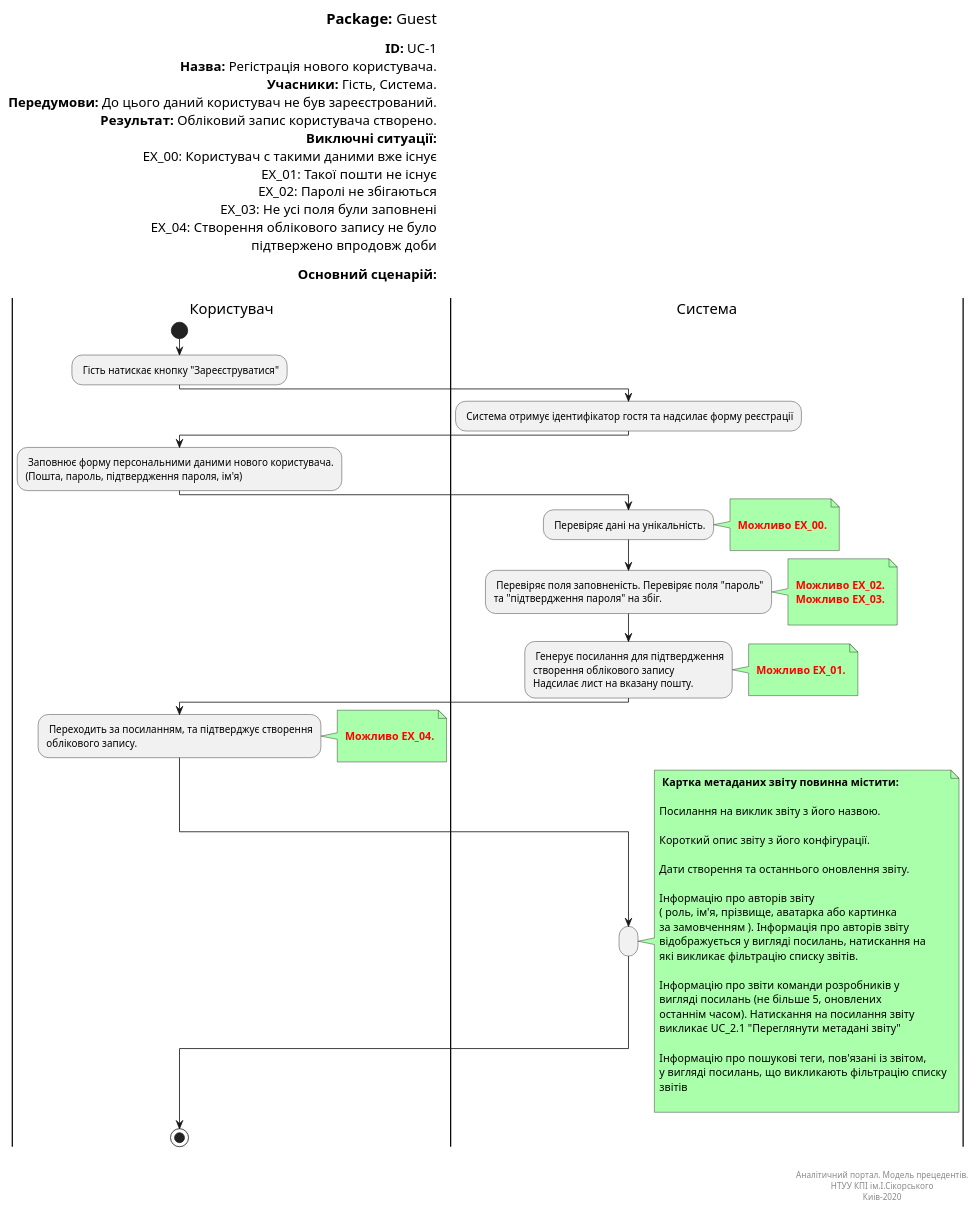
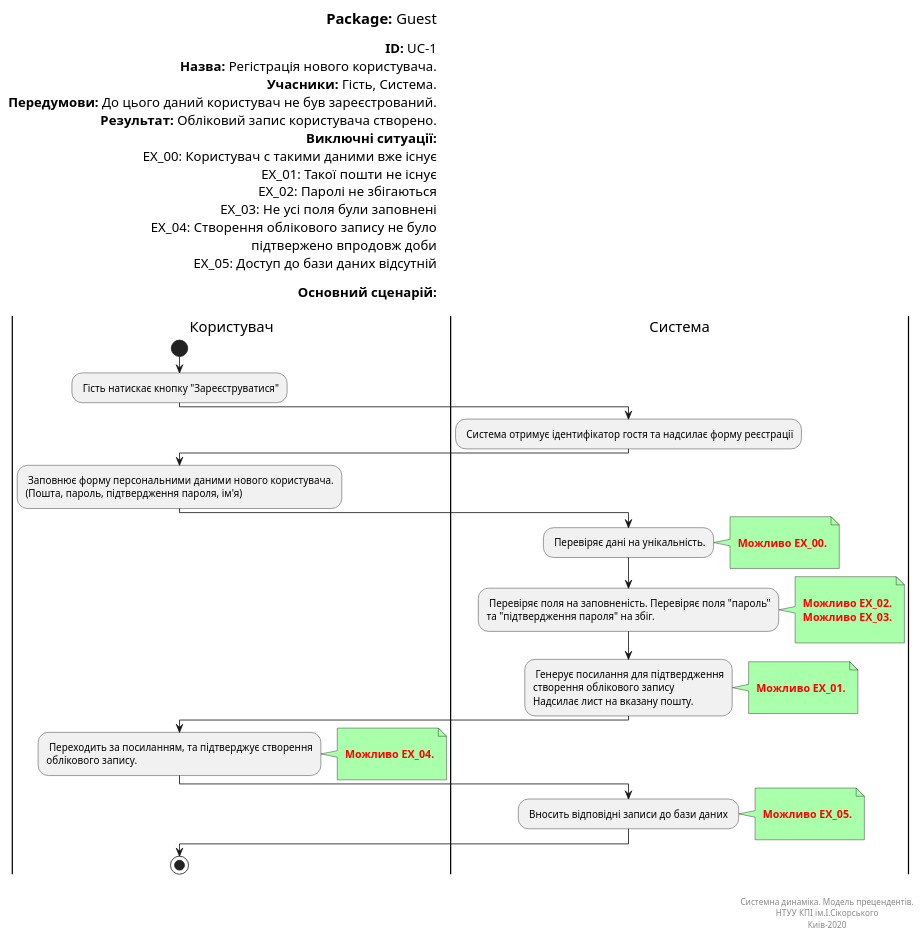
Before and after one commit to ip-85/System-Dynamics: the diagram in Doc/UMLDiagrams/scenarios/guest/registration/diagramSRC/UML.pu, drawn with PlantUML. The commit also changed 2 other files, not shown here.

```diff
--- a/Doc/UMLDiagrams/scenarios/guest/registration/diagramSRC/UML.pu
+++ b/Doc/UMLDiagrams/scenarios/guest/registration/diagramSRC/UML.pu
@@ -1,113 +1,94 @@
 @startuml
 
 left header
 <font color=000 size=18><b>Package:</b> Guest
 
 <font color=000 size=16><b>ID:</b> UC-1
 <font color=000 size=16><b>Назва:</b> Регістрація нового користувача.
 <font color=000 size=16><b>Учасники:</b> Гість, Система.
 <font color=000 size=16><b>Передумови:</b> До цього даний користувач не був зареєстрований.
 <font color=000 size=16><b>Результат:</b> Обліковий запис користувача створено.
 <font color=000 size=16><b>Виключні ситуації:</b>
 <font color=000 size=16> EX_00: Користувач с такими даними вже існує
 <font color=000 size=16> EX_01: Такої пошти не існує
 <font color=000 size=16> EX_02: Паролі не збігаються
 <font color=000 size=16> EX_03: Не усі поля були заповнені
 <font color=000 size=16> EX_04: Створення облікового запису не було 
 <font color=000 size=16>               підтвержено впродовж доби 
+<font color=000 size=16> EX_05: Доступ до бази даних відсутній
 
 <font color=000 size=16><b>Основний сценарій:</b>
 
 end header
 
 |Користувач|
 start
 : Гість натискає кнопку "Зареєструватися";
 |Система|
 : Система отримує ідентифікатор гостя та надсилає форму реєстрації;
 
 |Користувач|
 
 : Заповнює форму персональними даними нового користувача.
 (Пошта, пароль, підтвердження пароля, ім'я) ;
 
 |Система|
 
 : Перевіряє дані на унікальність.;
 note right #aaffaa
 
 <font color=red><b> Можливо EX_00.
 
 end note
 
-: Перевіряє поля заповненість. Перевіряє поля "пароль" 
+: Перевіряє поля на заповненість. Перевіряє поля "пароль" 
 та "підтвердження пароля" на збіг. ;
 
 note right #aaffaa
 
 <font color=red><b> Можливо EX_02.
 <font color=red><b> Можливо EX_03.
 
 end note
 
 : Генерує посилання для підтвердження 
 створення облікового запису
 Надсилає лист на вказану пошту.;
 note right #aaffaa
 
 <font color=red><b> Можливо EX_01.
 
 end note
 
 |Користувач|
 
 : Переходить за посиланням, та підтверджує створення
 облікового запису. ;
 
 note right #aaffaa
 
 <font color=red><b> Можливо EX_04.
 
 end note
 
 
 |Система|
 
-: ;
+: Вносить відповідні записи до бази даних ;
 note right #aaffaa
-<b> Картка метаданих звіту повинна містити:</b>
 
-Посилання на виклик звіту з його назвою.
-
-Короткий опис звіту з його конфігурації.
-
-Дати створення та останнього оновлення звіту.
-
-Інформацію про авторів звіту
-( роль, ім'я, прізвище, аватарка або картинка
-за замовченням ). Інформація про авторів звіту
-відображується у вигляді посилань, натискання на
-які викликає фільтрацію списку звітів.
-
-Інформацію про звіти команди розробників у
-вигляді посилань (не більше 5, оновлених
-останнім часом). Натискання на посилання звіту
-викликає UC_2.1 "Переглянути метадані звіту"  
-
-Інформацію про пошукові теги, пов'язані із звітом,
-у вигляді посилань, що викликають фільтрацію списку
-звітів
+<font color=red><b> Можливо EX_05.
 
 end note
 |Користувач|
 stop;
 
 right footer
 
 
-Аналітичний портал. Модель прецедентів.
+Системна динаміка. Модель прецендентів.
 НТУУ КПІ ім.І.Сікорського
 Киів-2020
 end footer
 
 @enduml
```
